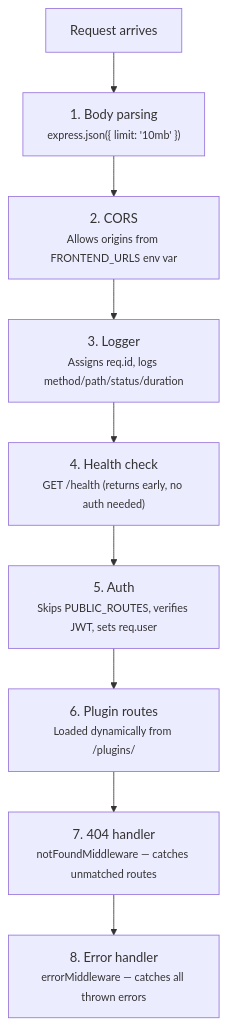
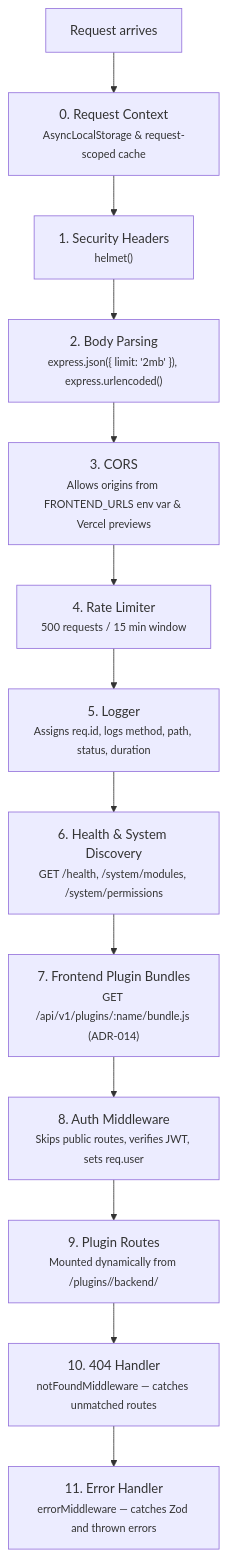
One commit to NITRR-Official/CampusOS changed the second of 4 diagrams in docs/architecture/BACKEND.md. Above: the diagram before and after it, drawn with Mermaid. The commit also changed other lines of this file and 161 other files, not shown here.

First line of the commit message:
docs(all): comprehensive documentation overhaul and public docs hub migration (#138) (#149)

````diff
--- a/docs/architecture/BACKEND.md
+++ b/docs/architecture/BACKEND.md
@@ -55,11 +90,15 @@
 ```mermaid
 flowchart TD
-    Req["Request arrives"] --> M1["1. Body parsing<br/><small>express.json({ limit: '10mb' })</small>"]
-    M1 --> M2["2. CORS<br/><small>Allows origins from FRONTEND_URLS env var</small>"]
-    M2 --> M3["3. Logger<br/><small>Assigns req.id, logs method/path/status/duration</small>"]
-    M3 --> M4["4. Health check<br/><small>GET /health (returns early, no auth needed)</small>"]
-    M4 --> M5["5. Auth<br/><small>Skips PUBLIC_ROUTES, verifies JWT, sets req.user</small>"]
-    M5 --> M6["6. Plugin routes<br/><small>Loaded dynamically from /plugins/</small>"]
-    M6 --> M7["7. 404 handler<br/><small>notFoundMiddleware — catches unmatched routes</small>"]
-    M7 --> M8["8. Error handler<br/><small>errorMiddleware — catches all thrown errors</small>"]
+    Req["Request arrives"] --> M0["0. Request Context<br/><small>AsyncLocalStorage & request-scoped cache</small>"]
+    M0 --> M1["1. Security Headers<br/><small>helmet()</small>"]
+    M1 --> M2["2. Body Parsing<br/><small>express.json({ limit: '2mb' }), express.urlencoded()</small>"]
+    M2 --> M3["3. CORS<br/><small>Allows origins from FRONTEND_URLS env var & Vercel previews</small>"]
+    M3 --> M4["4. Rate Limiter<br/><small>500 requests / 15 min window</small>"]
+    M4 --> M5["5. Logger<br/><small>Assigns req.id, logs method, path, status, duration</small>"]
+    M5 --> M6["6. Health & System Discovery<br/><small>GET /health, /system/modules, /system/permissions</small>"]
+    M6 --> M7["7. Frontend Plugin Bundles<br/><small>GET /api/v1/plugins/:name/bundle.js (ADR-014)</small>"]
+    M7 --> M8["8. Auth Middleware<br/><small>Skips public routes, verifies JWT, sets req.user</small>"]
+    M8 --> M9["9. Plugin Routes<br/><small>Mounted dynamically from /plugins/<name>/backend/</small>"]
+    M9 --> M10["10. 404 Handler<br/><small>notFoundMiddleware — catches unmatched routes</small>"]
+    M10 --> M11["11. Error Handler<br/><small>errorMiddleware — catches Zod and thrown errors</small>"]
 ```
````
